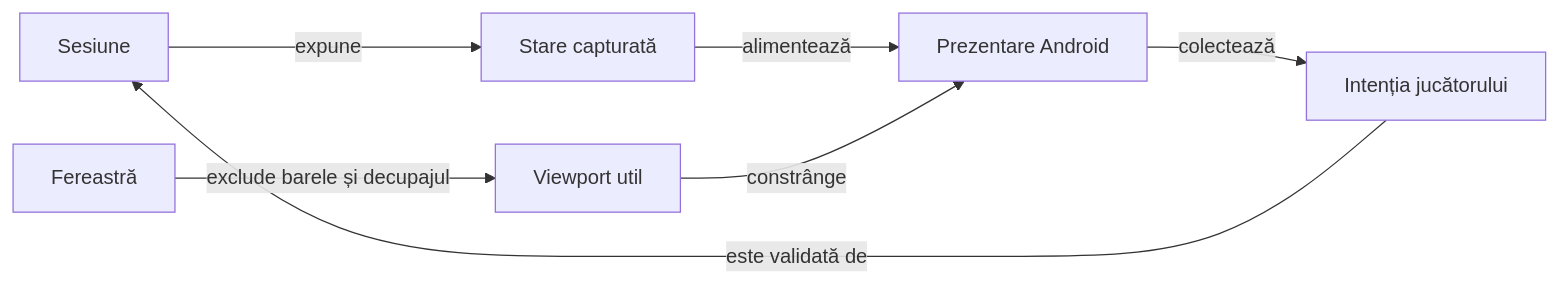
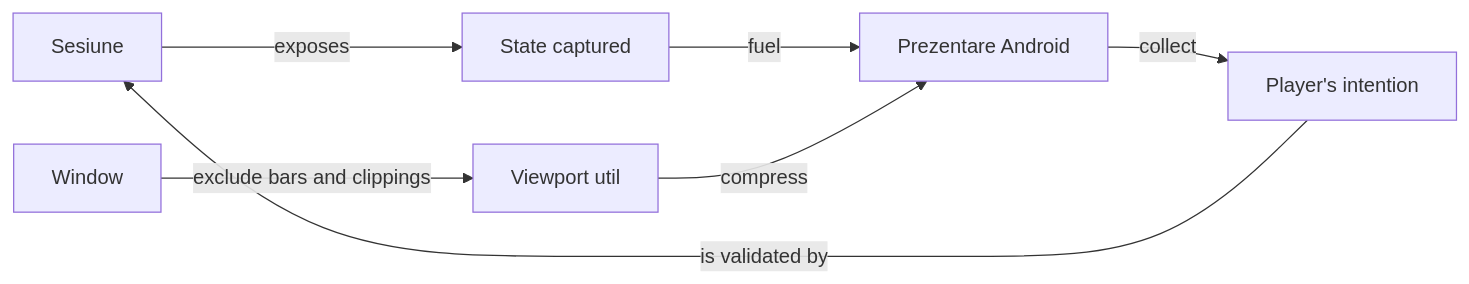
The first of 4 diagrams in whist-lab-app/app/src/main/java/ro/whistlab/app/README.md (crististefanita/atf_j4), drawn with Mermaid before and after one commit. The commit also changed other lines of this file and 122 other files, not shown here.

````diff
--- a/whist-lab-app/app/src/main/java/ro/whistlab/app/README.md
+++ b/whist-lab-app/app/src/main/java/ro/whistlab/app/README.md
@@ -17,9 +17,9 @@
 ```mermaid
 flowchart LR
-    SESSION[Sesiune] -->|expune| STATE[Stare capturată]
-    STATE -->|alimentează| UI[Prezentare Android]
-    UI -->|colectează| INTENT[Intenția jucătorului]
-    INTENT -->|este validată de| SESSION
-    WINDOW[Fereastră] -->|exclude barele și decupajul| SPACE[Viewport util]
-    SPACE -->|constrânge| UI
+    SESSION[Sesiune] -->|exposes| STATE[State captured]
+    STATE -->|fuel| UI[Prezentare Android]
+    UI -->|collect| INTENT[Player's intention]
+    INTENT -->|is validated by| SESSION
+    WINDOW[Window] -->|exclude bars and clippings| SPACE[Viewport util]
+    SPACE -->|compress| UI
 ```
````
